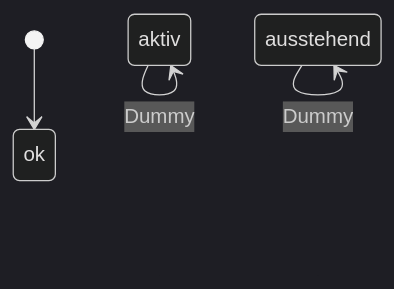
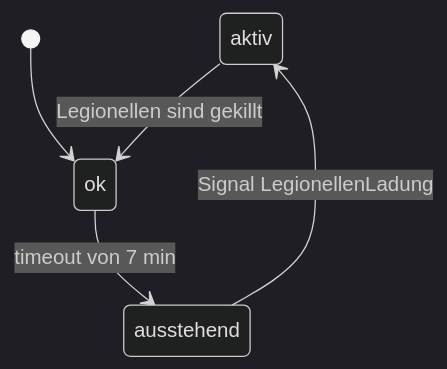
The diagram in steuerung_automatik/zero-software/doc/statemachine_HsmLegionellen.md (petermaerki/puenterswis_heizung_2023_git), drawn with Mermaid (dark theme) before and after one commit. The commit also changed 5 other files, not shown here.

````diff
--- a/steuerung_automatik/zero-software/doc/statemachine_HsmLegionellen.md
+++ b/steuerung_automatik/zero-software/doc/statemachine_HsmLegionellen.md
@@ -1,16 +1,17 @@
 ```mermaid
 stateDiagram-v2
     aktiv: aktiv
     state aktiv
-    aktiv --> aktiv: Dummy
 
     ausstehend: ausstehend
     state ausstehend
-    ausstehend --> ausstehend: Dummy
 
     ok: ok
     state ok
     [*] --> ok
 
     %% Transitions
+    aktiv --> ok: Legionellen sind gekillt
+    ausstehend --> aktiv: Signal LegionellenLadung
+    ok --> ausstehend: timeout von 7 min
 ```
````
